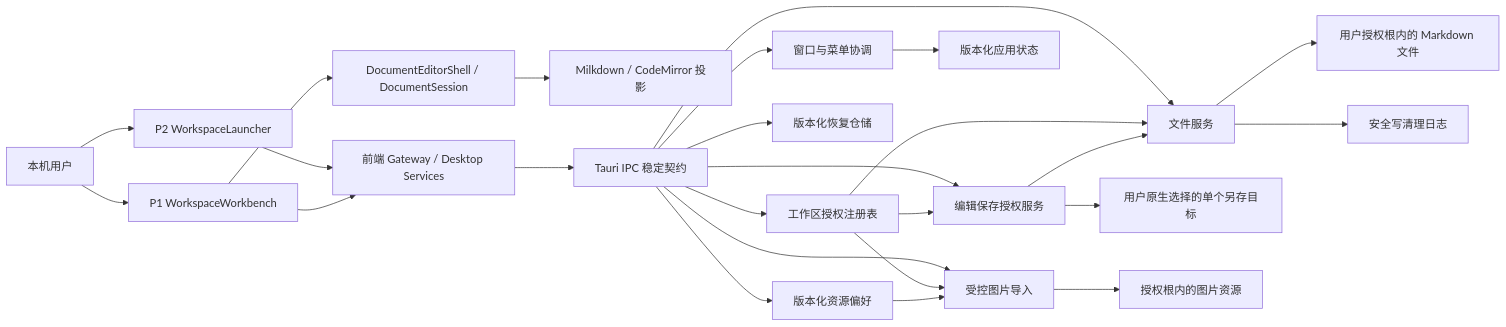
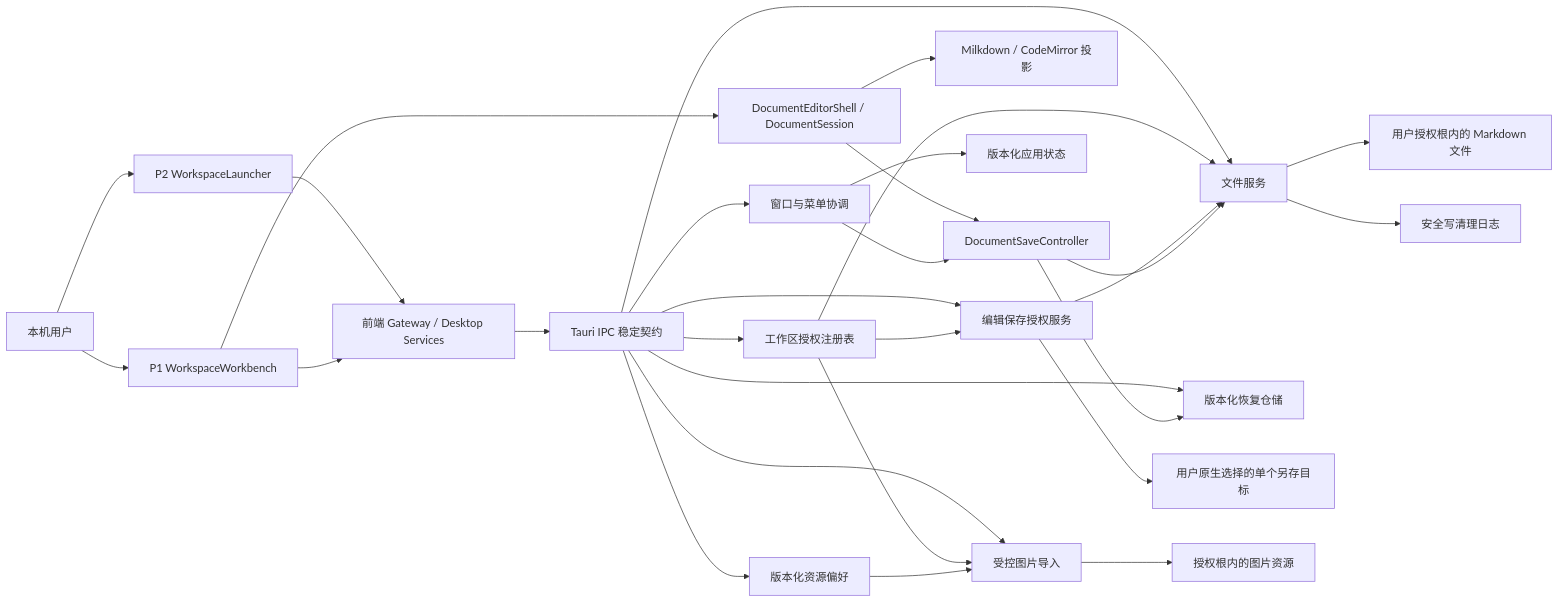
The diagram in agent-works/markdown-editor-desktop/architecture/desktop-foundation.md (fulin-peng-ydxs/ai-markdown), drawn with Mermaid before and after one commit. The commit also changed other lines of this file and 22 other files, not shown here.

````diff
--- a/agent-works/markdown-editor-desktop/architecture/desktop-foundation.md
+++ b/agent-works/markdown-editor-desktop/architecture/desktop-foundation.md
@@ -11,27 +11,31 @@
 ```mermaid
 flowchart LR
     U["本机用户"] --> P2["P2 WorkspaceLauncher"]
     U --> P1["P1 WorkspaceWorkbench"]
     P1 --> D["DocumentEditorShell / DocumentSession"]
+    D --> SC["DocumentSaveController"]
     D --> V["Milkdown / CodeMirror 投影"]
     P2 --> G["前端 Gateway / Desktop Services"]
     P1 --> G
     G --> IPC["Tauri IPC 稳定契约"]
     IPC --> W["窗口与菜单协调"]
     IPC --> A["工作区授权注册表"]
     IPC --> F["文件服务"]
     IPC --> E["编辑保存授权服务"]
     W --> S["版本化应用状态"]
     IPC --> R["版本化恢复仓储"]
     IPC --> P["版本化资源偏好"]
     IPC --> I["受控图片导入"]
     A --> F
     A --> E
     A --> I
     E --> F
+    SC --> F
+    SC --> R
+    W --> SC
     P --> I
     F --> M["用户授权根内的 Markdown 文件"]
     E --> C["用户原生选择的单个另存目标"]
     I --> B["授权根内的图片资源"]
     F --> J["安全写清理日志"]
 ```
````
